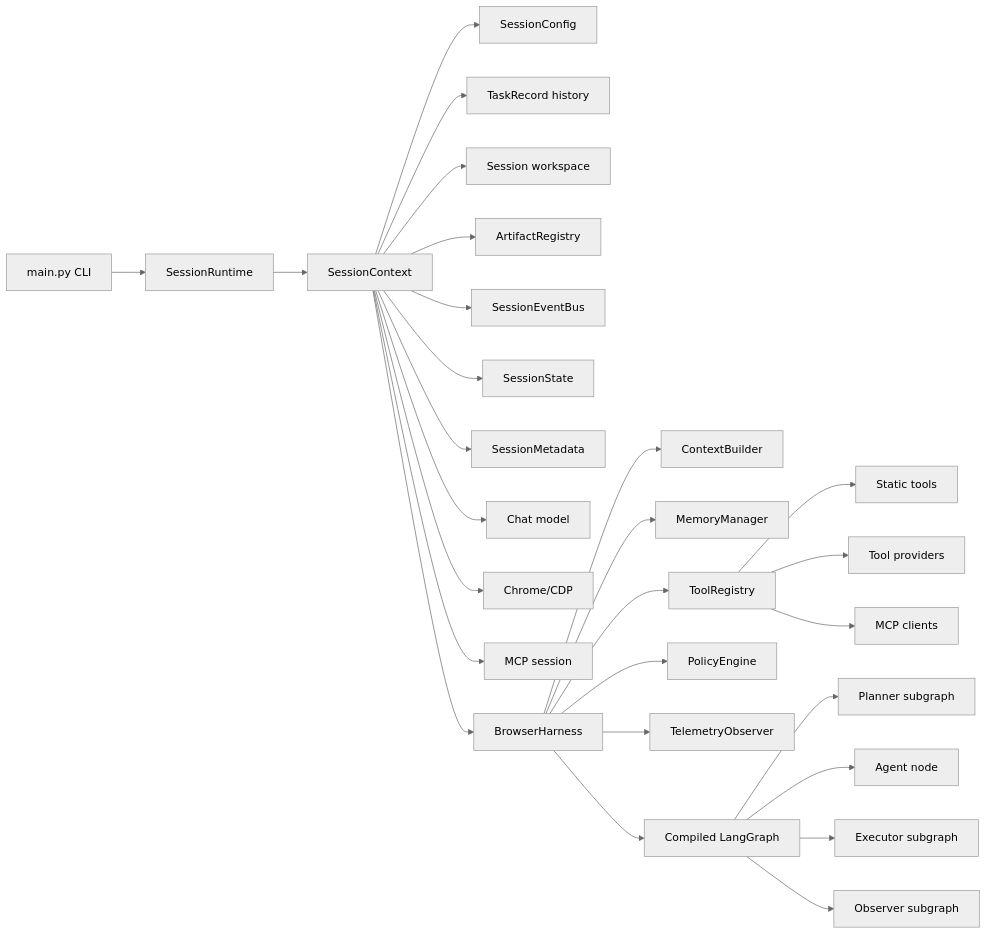
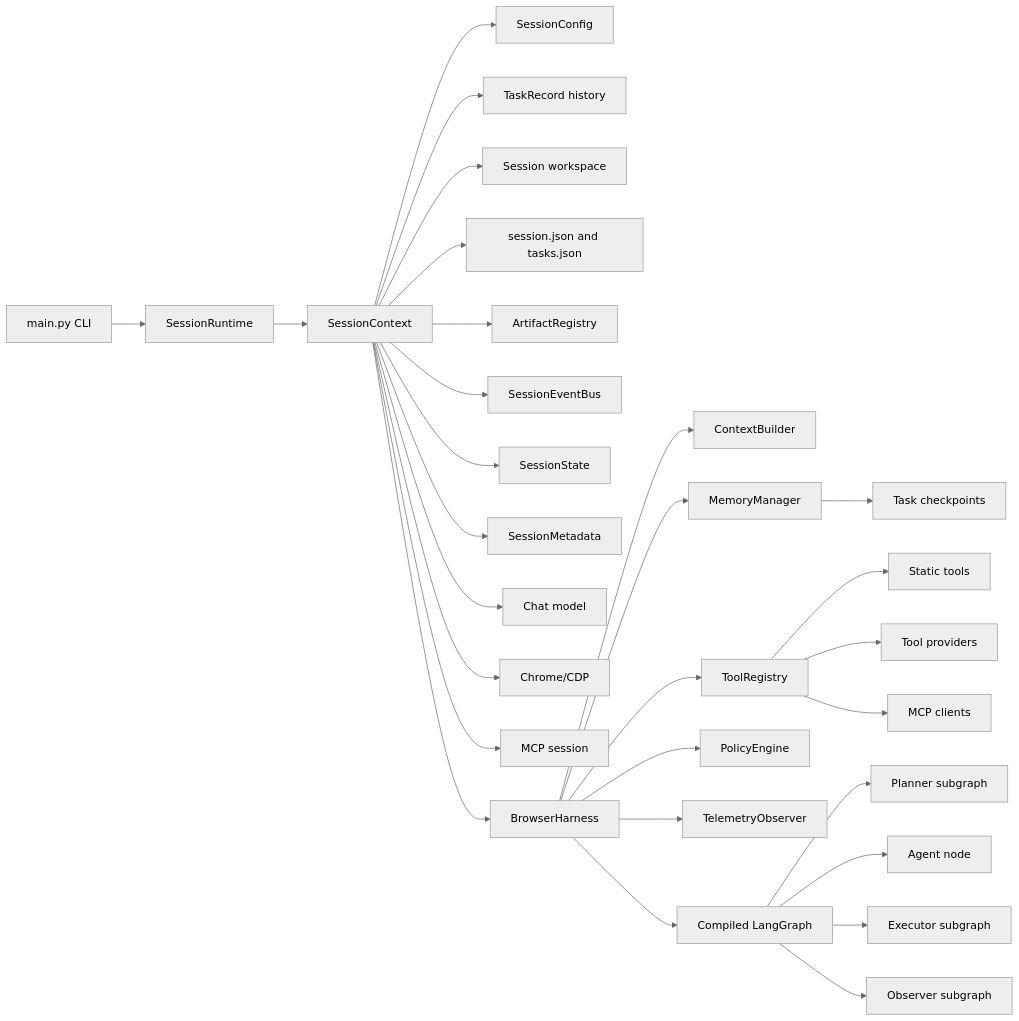
Before and after one commit to Hastur456/AutoBrowser: the diagram in docs/diagrams/harness-boundaries.md, drawn with Mermaid (neutral theme). The commit also changed other lines of this file and 11 other files, not shown here.

````diff
--- a/docs/diagrams/harness-boundaries.md
+++ b/docs/diagrams/harness-boundaries.md
@@ -7,29 +7,31 @@
 ```mermaid
 flowchart LR
   CLI[main.py CLI] --> Session[SessionRuntime]
   Session --> SessionCtx[SessionContext]
   SessionCtx --> Config[SessionConfig]
   SessionCtx --> Tasks[TaskRecord history]
   SessionCtx --> Workspace[Session workspace]
+  SessionCtx --> SessionFiles[session.json and tasks.json]
   SessionCtx --> Artifacts[ArtifactRegistry]
   SessionCtx --> Events[SessionEventBus]
   SessionCtx --> State[SessionState]
   SessionCtx --> Metadata[SessionMetadata]
   SessionCtx --> LLM[Chat model]
   SessionCtx --> Chrome[Chrome/CDP]
   SessionCtx --> MCPRuntime[MCP session]
   SessionCtx --> Harness[BrowserHarness]
   Harness --> ContextBuilder[ContextBuilder]
   Harness --> Memory[MemoryManager]
+  Memory --> Checkpoints[Task checkpoints]
   Harness --> Tools[ToolRegistry]
   Harness --> Policy[PolicyEngine]
   Harness --> Telemetry[TelemetryObserver]
   Harness --> Graph[Compiled LangGraph]
   Tools --> StaticTools[Static tools]
   Tools --> Providers[Tool providers]
   Tools --> MCP[MCP clients]
   Graph --> Planner[Planner subgraph]
   Graph --> Agent[Agent node]
   Graph --> Executor[Executor subgraph]
   Graph --> Observer[Observer subgraph]
 ```
````
